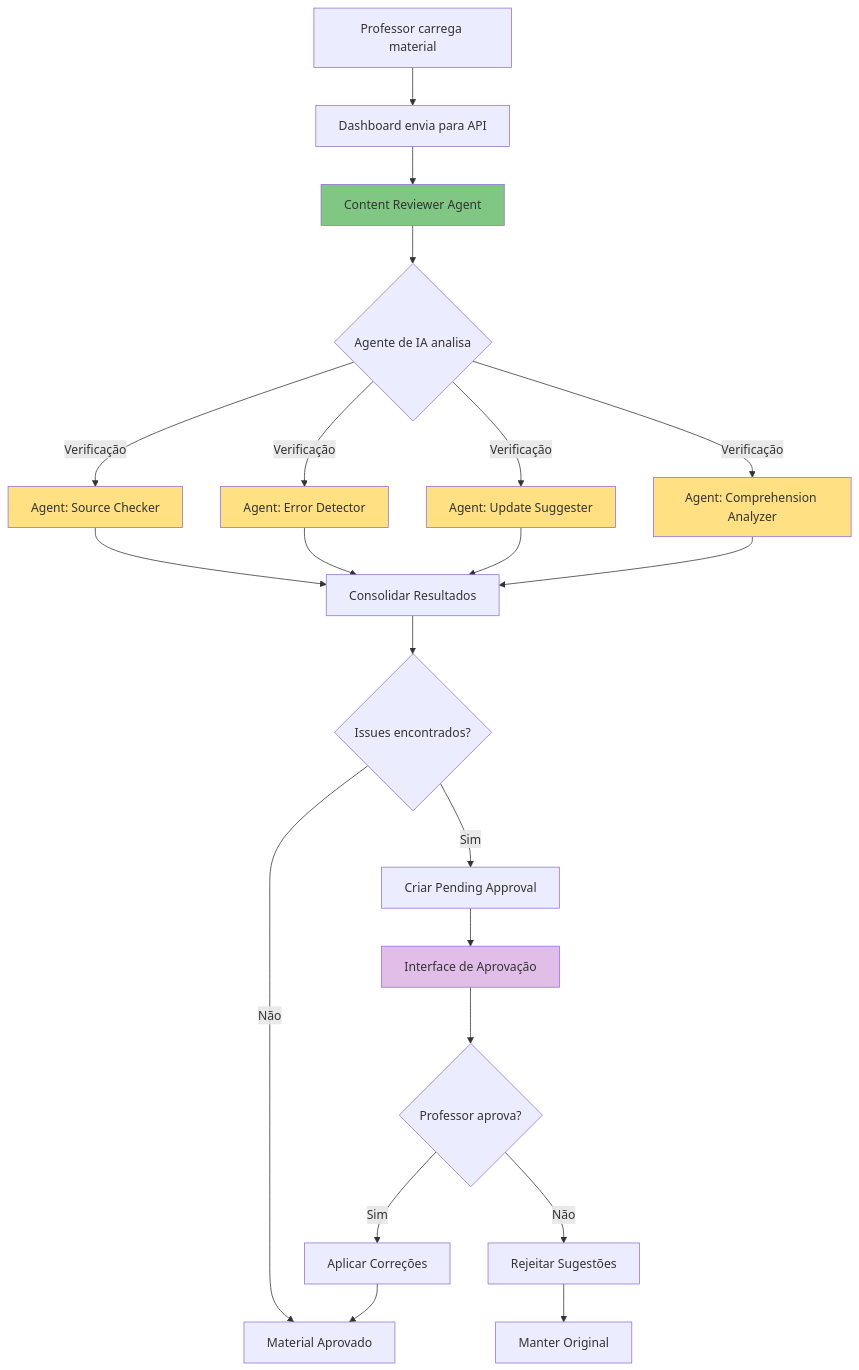
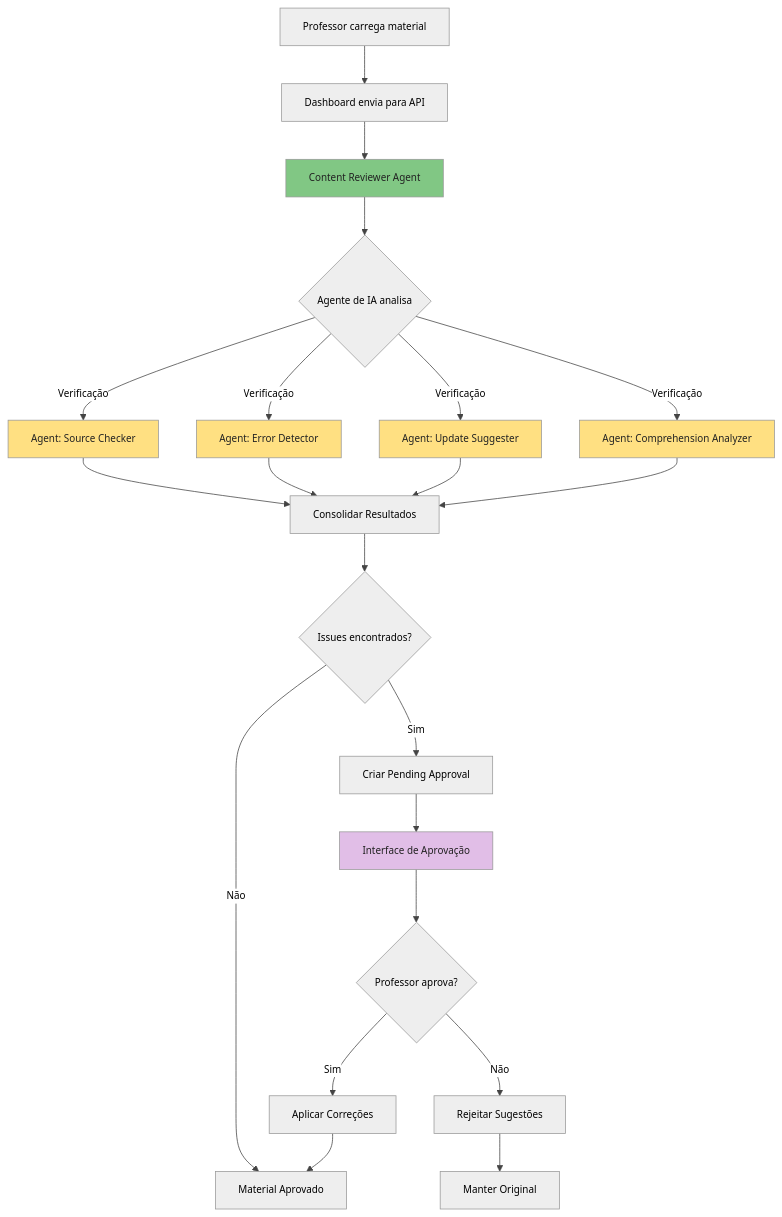
One commit to Hinten/fiap_gs2 changed the fourth of 6 diagrams in README.md. Above: the diagram before and after it, drawn with Mermaid. The commit also changed other lines of this file, not shown here.

Commit message:
fix: update mermaid diagram styles for better readability in README

````diff
--- a/README.md
+++ b/README.md
@@ -312,34 +315,35 @@
 ```mermaid
+%%{init: {'theme':'neutral','themeVariables': { 'primaryTextColor': '#222','secondaryTextColor': '#222','tertiaryTextColor': '#222','lineColor':'#444','fontSize':'13px'}} }%%
 flowchart TD
     A[Professor carrega material] --> B[Dashboard envia para API]
     B --> C[Content Reviewer Agent]
     C --> D{Agente de IA analisa}
     D -->|Verificação| E[Agent: Source Checker]
     D -->|Verificação| F[Agent: Error Detector]
     D -->|Verificação| G[Agent: Update Suggester]
     D -->|Verificação| H[Agent: Comprehension Analyzer]
     
     E --> I[Consolidar Resultados]
     F --> I
     G --> I
     H --> I
     
     I --> J{Issues encontrados?}
     J -->|Sim| K[Criar Pending Approval]
     J -->|Não| L[Material Aprovado]
     
     K --> M[Interface de Aprovação]
     M --> N{Professor aprova?}
     N -->|Sim| O[Aplicar Correções]
     N -->|Não| P[Rejeitar Sugestões]
     
     O --> L
     P --> Q[Manter Original]
 
-    style C fill:#81C784
-    style E fill:#FFE082
-    style F fill:#FFE082
-    style G fill:#FFE082
-    style H fill:#FFE082
-    style M fill:#E1BEE7
+    style C fill:#81C784,color:#222
+    style E fill:#FFE082,color:#222
+    style F fill:#FFE082,color:#222
+    style G fill:#FFE082,color:#222
+    style H fill:#FFE082,color:#222
+    style M fill:#E1BEE7,color:#222
 ```
````
